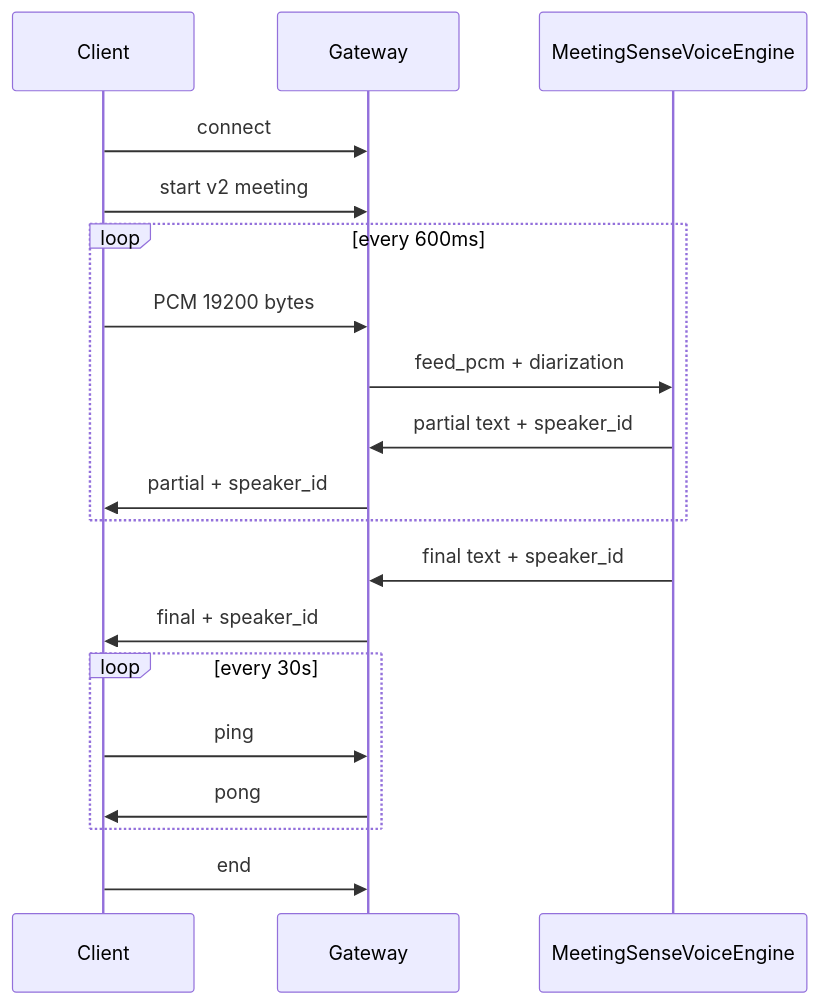
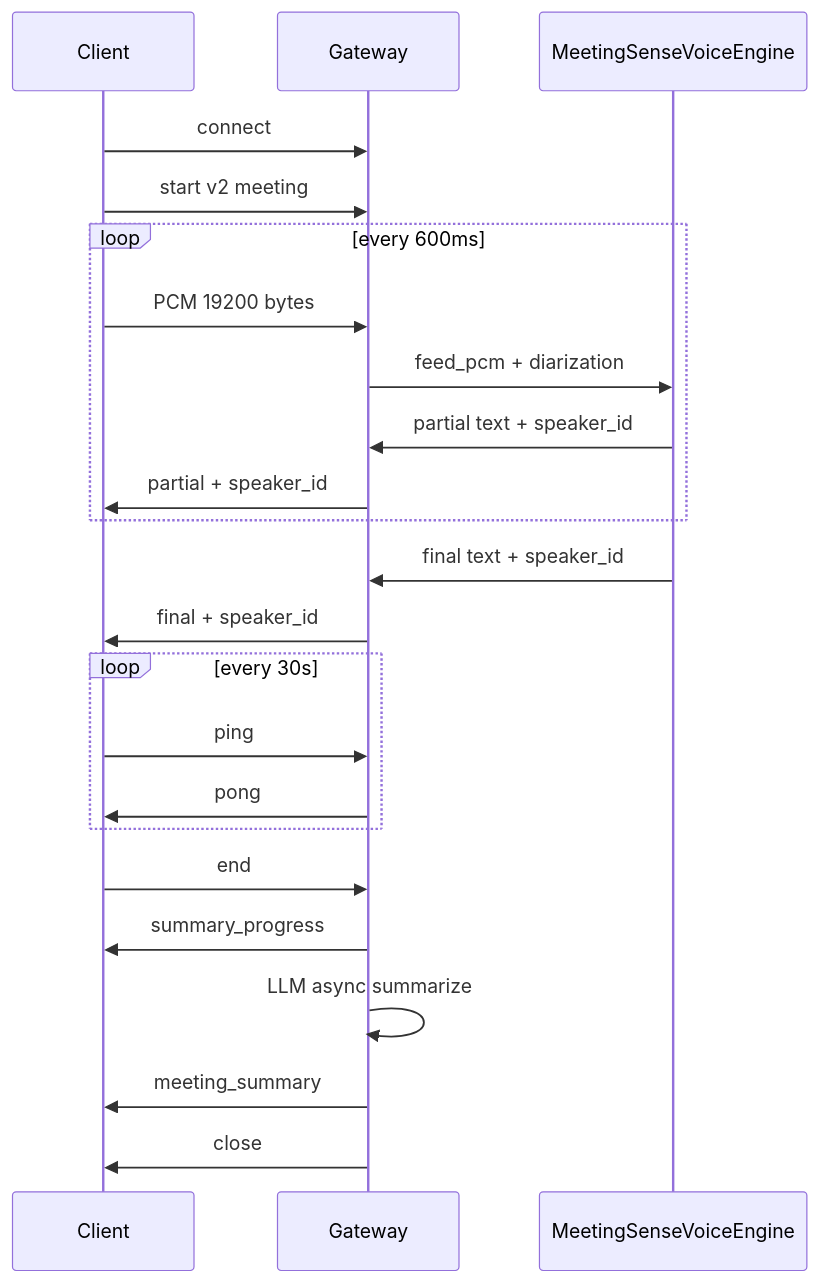
Before and after one commit to zhao1425493031/FunASRVoiceToText: the diagram in doc/meeting/WebSocket协议v2.md, drawn with Mermaid. The commit also changed other lines of this file and 49 other files, not shown here.

````diff
--- a/doc/meeting/WebSocket协议v2.md
+++ b/doc/meeting/WebSocket协议v2.md
@@ -11,22 +11,26 @@
 ```mermaid
 sequenceDiagram
   participant C as Client
   participant G as Gateway
   participant E as MeetingSenseVoiceEngine
 
   C->>G: connect
   C->>G: start v2 meeting
   loop every 600ms
     C->>G: PCM 19200 bytes
     G->>E: feed_pcm + diarization
     E->>G: partial text + speaker_id
     G->>C: partial + speaker_id
   end
   E->>G: final text + speaker_id
   G->>C: final + speaker_id
   loop every 30s
     C->>G: ping
     G->>C: pong
   end
   C->>G: end
+  G->>C: summary_progress
+  G->>G: LLM async summarize
+  G->>C: meeting_summary
+  G->>C: close
 ```
````
